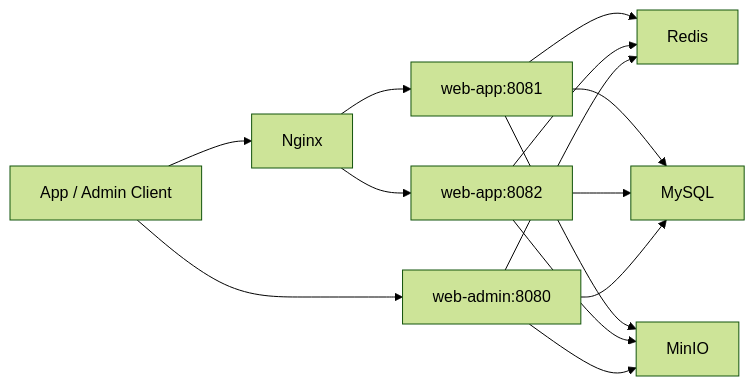
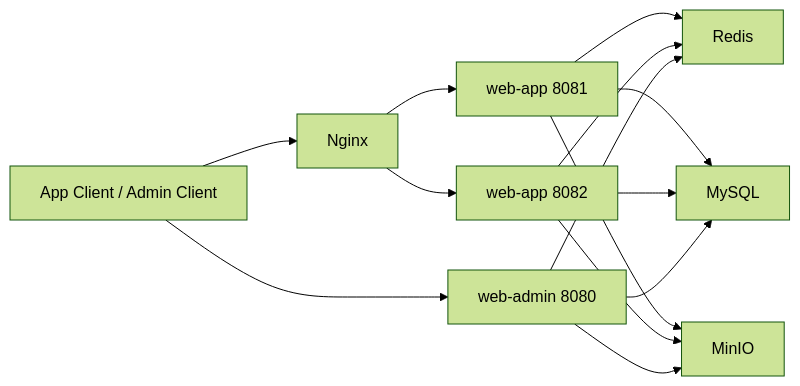
Before and after one commit to ArenBlank/huang-parent: the diagram in README.md, drawn with Mermaid (forest theme). The commit also changed other lines of this file and 63 other files, not shown here.

````diff
--- a/README.md
+++ b/README.md
@@ -39,16 +57,16 @@
 ```mermaid
-flowchart LR
-    U["App / Admin Client"] --> N["Nginx"]
-    N --> A1["web-app:8081"]
-    N --> A2["web-app:8082"]
-    U --> AD["web-admin:8080"]
-    A1 --> R["Redis"]
-    A2 --> R
-    AD --> R
-    A1 --> DB["MySQL"]
-    A2 --> DB
-    AD --> DB
-    A1 --> M["MinIO"]
-    A2 --> M
-    AD --> M
+graph LR
+    Client[App Client / Admin Client] --> Nginx[Nginx]
+    Client --> Admin[web-admin 8080]
+    Nginx --> App1[web-app 8081]
+    Nginx --> App2[web-app 8082]
+    App1 --> Redis[Redis]
+    App2 --> Redis
+    Admin --> Redis
+    App1 --> MySQL[MySQL]
+    App2 --> MySQL
+    Admin --> MySQL
+    App1 --> MinIO[MinIO]
+    App2 --> MinIO
+    Admin --> MinIO
 ```
````
